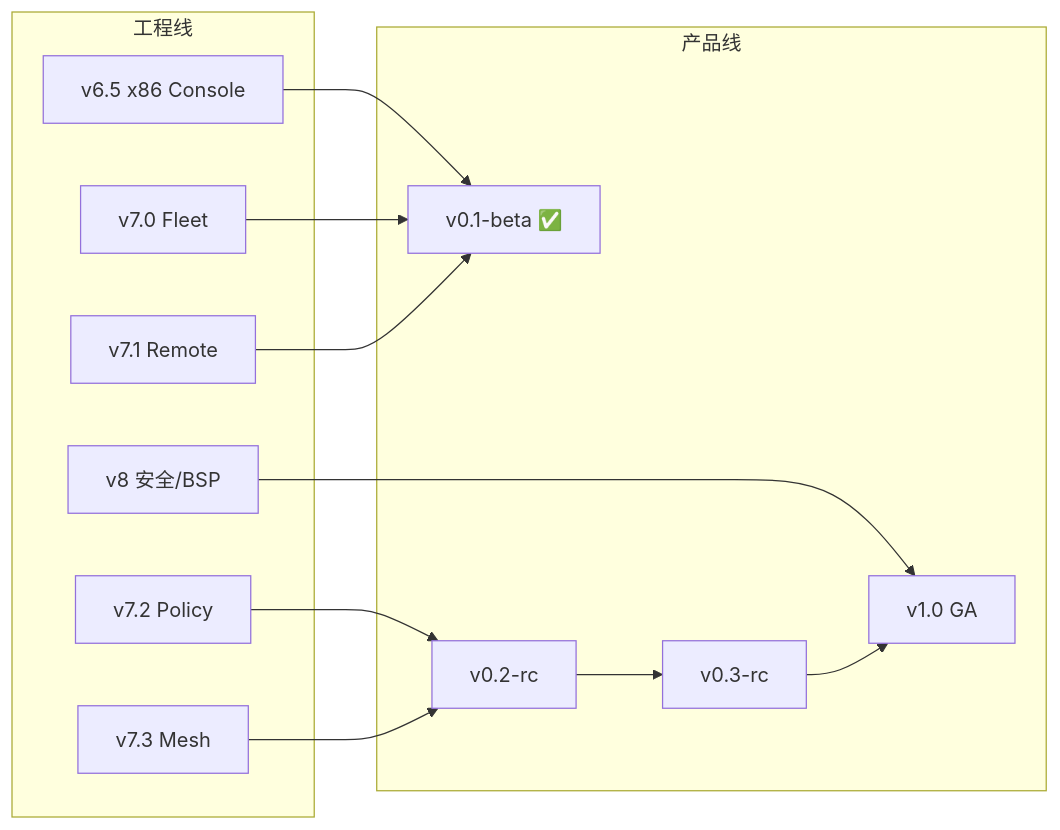
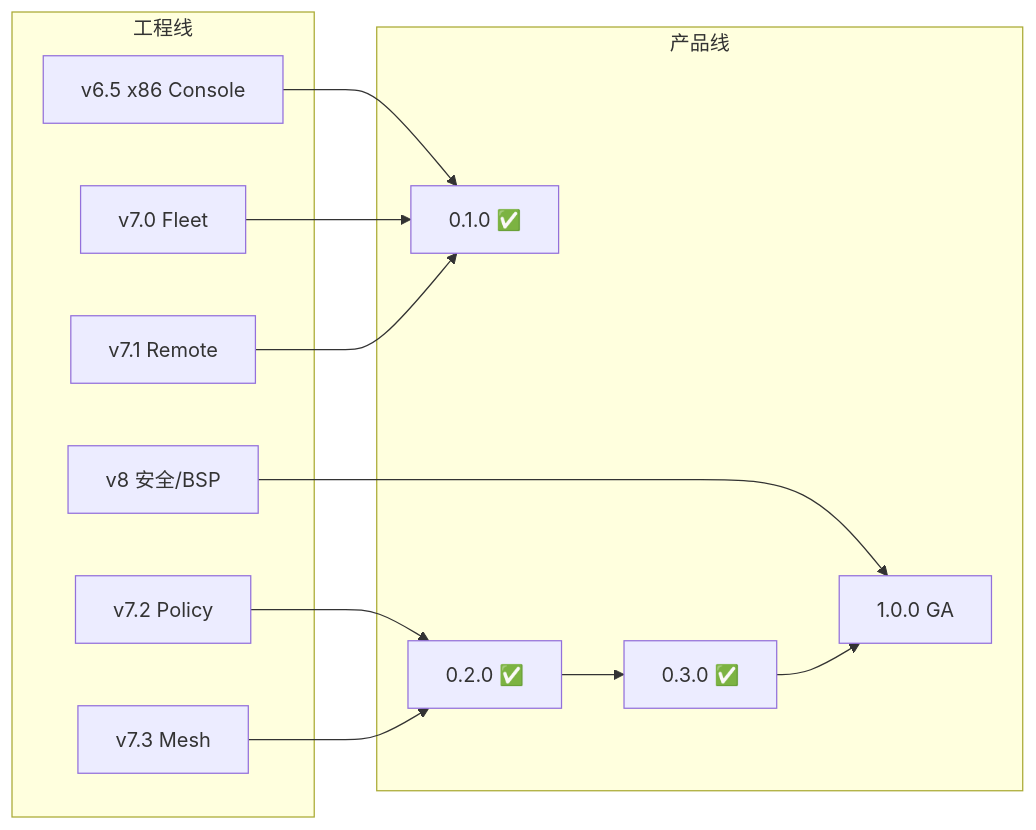
The diagram in docs/PRODUCT_ROADMAP.md (William2333ZZ/OpenAgentOS), drawn with Mermaid before and after one commit. The commit also changed other lines of this file and 21 other files, not shown here.

````diff
--- a/docs/PRODUCT_ROADMAP.md
+++ b/docs/PRODUCT_ROADMAP.md
@@ -16,24 +16,24 @@
 ```mermaid
 flowchart LR
   subgraph eng [工程线]
     v65[v6.5 x86 Console]
     v70[v7.0 Fleet]
     v71[v7.1 Remote]
     v72[v7.2 Policy]
     v73[v7.3 Mesh]
     v80[v8 安全/BSP]
   end
   subgraph prod [产品线]
-    b01[v0.1-beta ✅]
-    rc02[v0.2-rc]
-    rc03[v0.3-rc]
-    ga10[v1.0 GA]
+    b01[0.1.0 ✅]
+    rc02[0.2.0 ✅]
+    rc03[0.3.0 ✅]
+    ga10[1.0.0 GA]
   end
   v65 --> b01
   v70 --> b01
   v71 --> b01
   v72 --> rc02
   v73 --> rc02
   v80 --> ga10
   rc02 --> rc03 --> ga10
 ```
````
